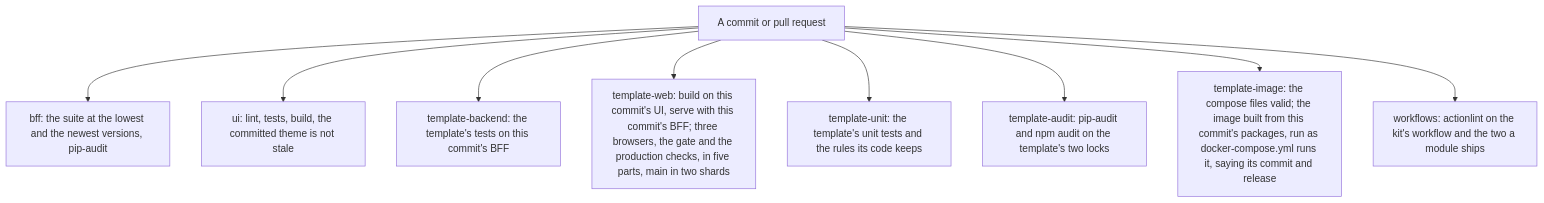
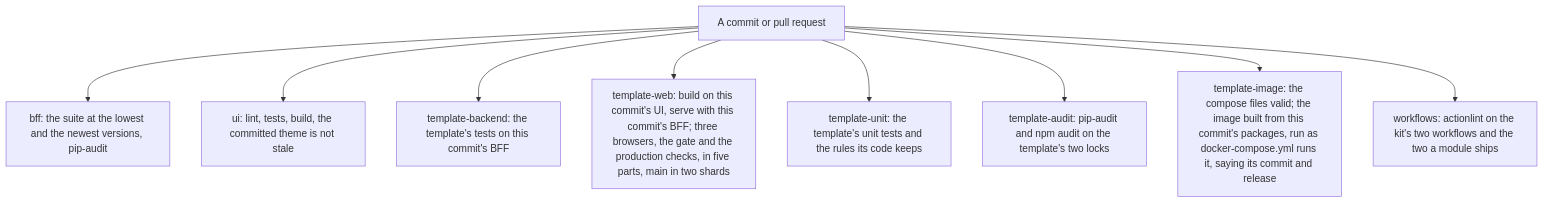
Diagram 14 of 14 in docs/architecture.md (eneo-ai/eneo-module-kit), drawn with Mermaid before and after one commit. The commit also changed other lines of this file and 5 other files, not shown here.

````diff
--- a/docs/architecture.md
+++ b/docs/architecture.md
@@ -362,11 +362,11 @@
 ```mermaid
 flowchart TB
   commit["A commit or pull request"] --> bff["bff: the suite at the lowest and the newest versions, pip-audit"]
   commit --> ui["ui: lint, tests, build, the committed theme is not stale"]
   commit --> tb["template-backend: the template's tests on this commit's BFF"]
   commit --> tw["template-web: build on this commit's UI, serve with this commit's BFF; three browsers, the gate and the production checks, in five parts, main in two shards"]
   commit --> tu["template-unit: the template's unit tests and the rules its code keeps"]
   commit --> ta["template-audit: pip-audit and npm audit on the template's two locks"]
   commit --> ti["template-image: the compose files valid; the image built from this commit's packages, run as docker-compose.yml runs it, saying its commit and release"]
-  commit --> wf["workflows: actionlint on the kit's workflow and the two a module ships"]
+  commit --> wf["workflows: actionlint on the kit's two workflows and the two a module ships"]
 ```
````
